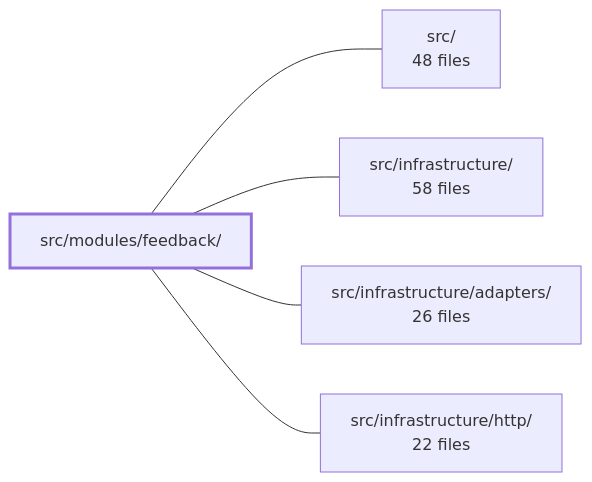
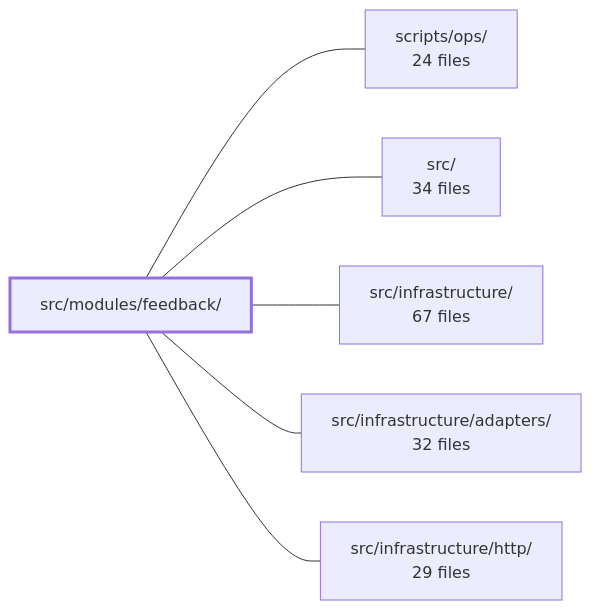
The diagram in .2brain/modules/boilerplate-node-backend_src_modules_feedback.md (Guebbit/boilerplate-node-backend), drawn with Mermaid before and after one commit. The commit also changed other lines of this file and 106 other files, not shown here.

````diff
--- a/.2brain/modules/boilerplate-node-backend_src_modules_feedback.md
+++ b/.2brain/modules/boilerplate-node-backend_src_modules_feedback.md
@@ -39,13 +40,15 @@
 ```mermaid
 flowchart LR
     m_src_modules_feedback["src/modules/feedback/"]
-    m_src["src/<br/>48 files"]
-    m_src_infrastructure["src/infrastructure/<br/>58 files"]
-    m_src_infrastructure_adapters["src/infrastructure/adapters/<br/>26 files"]
-    m_src_infrastructure_http["src/infrastructure/http/<br/>22 files"]
+    m_scripts_ops["scripts/ops/<br/>24 files"]
+    m_src["src/<br/>34 files"]
+    m_src_infrastructure["src/infrastructure/<br/>67 files"]
+    m_src_infrastructure_adapters["src/infrastructure/adapters/<br/>32 files"]
+    m_src_infrastructure_http["src/infrastructure/http/<br/>29 files"]
+    m_src_modules_feedback --- m_scripts_ops
     m_src_modules_feedback --- m_src
     m_src_modules_feedback --- m_src_infrastructure
     m_src_modules_feedback --- m_src_infrastructure_adapters
     m_src_modules_feedback --- m_src_infrastructure_http
     style m_src_modules_feedback stroke-width:3px
 ```
````
